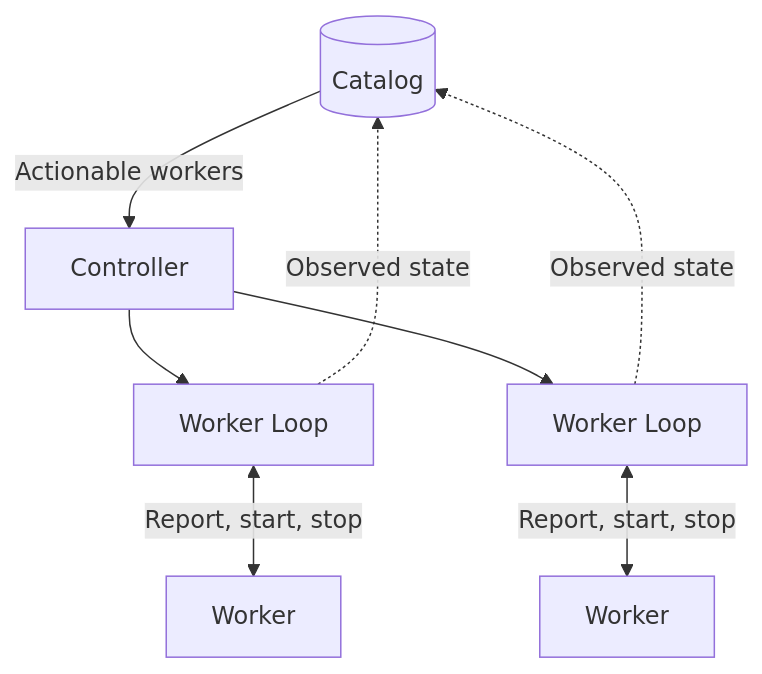
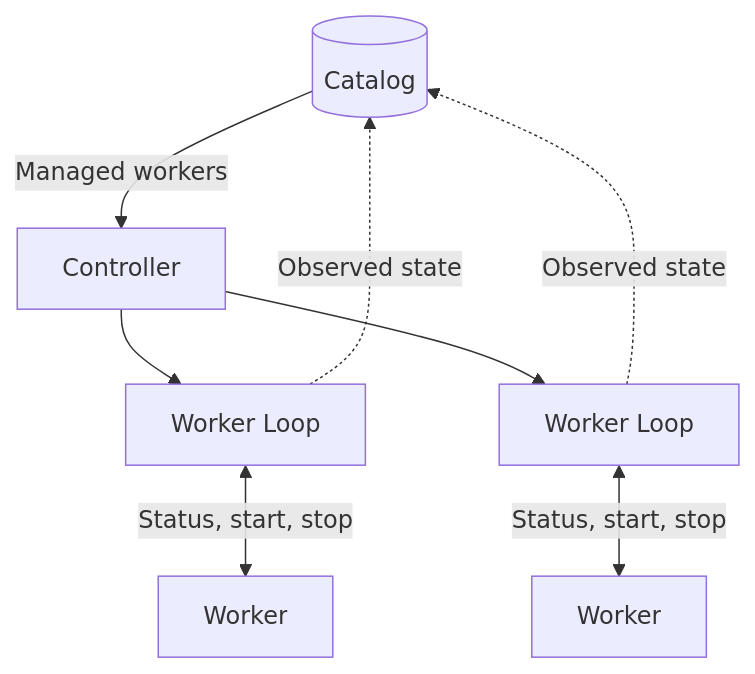
One commit to nebulastream/nebulastream changed the diagram in nes-coordinator/controller/README.md. Above: the diagram before and after it, drawn with Mermaid. The commit also changed other lines of this file and 15 other files, not shown here.

Commit message:
fixup! feat(controller): add controller crate with query and worker reconcilers

````diff
--- a/nes-coordinator/controller/README.md
+++ b/nes-coordinator/controller/README.md
@@ -11,17 +11,17 @@
 ```mermaid
 flowchart TB
     Catalog[(Catalog)]
     Controller[Controller]
     LoopA[Worker Loop]
     LoopB[Worker Loop]
     WorkerA[Worker]
     WorkerB[Worker]
 
-    Catalog -->|Actionable workers| Controller
+    Catalog -->|Managed workers| Controller
     Controller --> LoopA
     Controller --> LoopB
-    LoopA <-->|Report, start, stop| WorkerA
-    LoopB <-->|Report, start, stop| WorkerB
+    LoopA <-->|Status, start, stop| WorkerA
+    LoopB <-->|Status, start, stop| WorkerB
     LoopA -.->|Observed state| Catalog
     LoopB -.->|Observed state| Catalog
 ```
````
